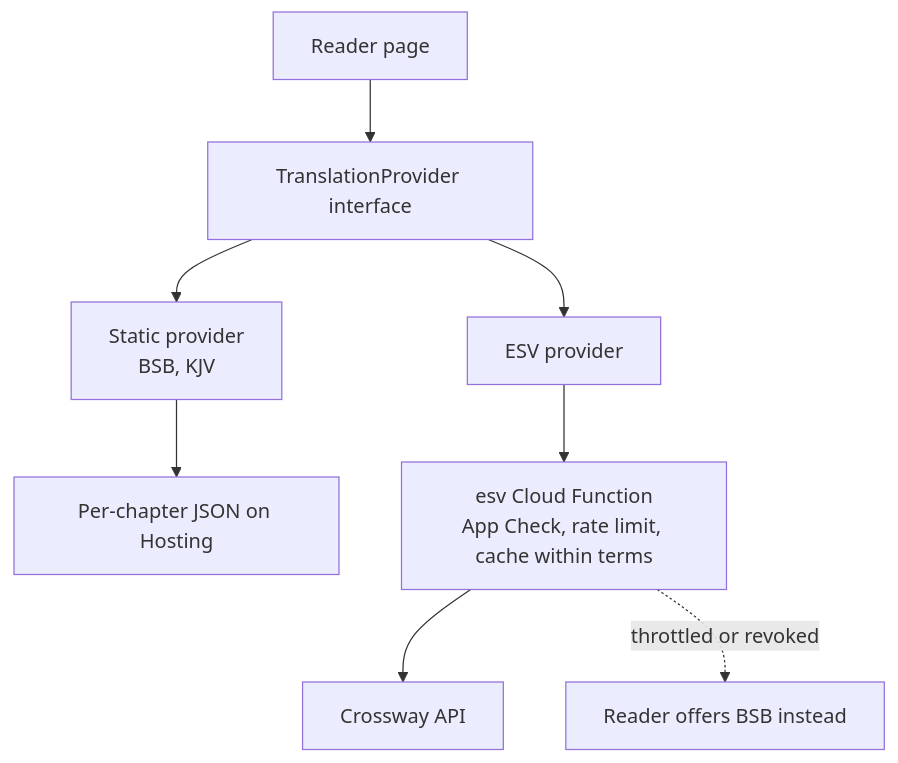
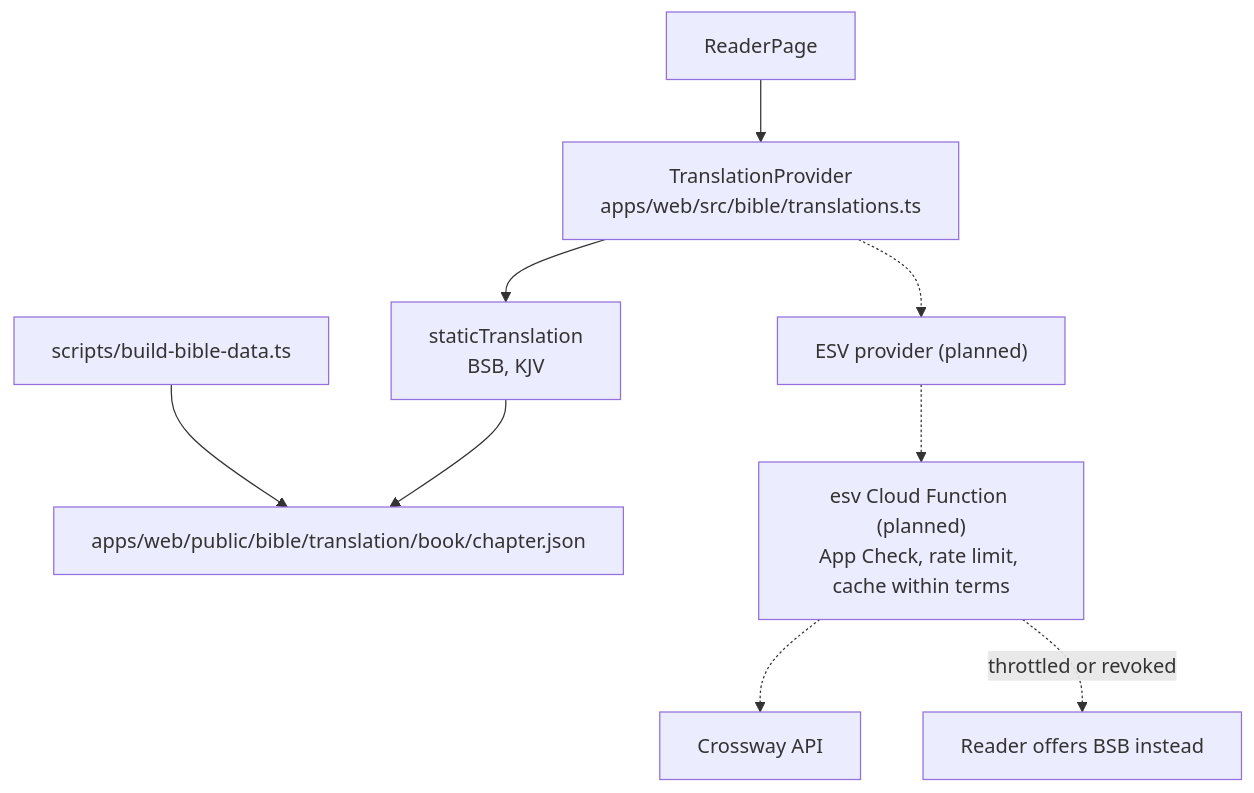
Before and after one commit to Valiance-Studios/bible-center: the second of 6 diagrams in ARCHITECTURE.md, drawn with Mermaid. The commit also changed other lines of this file and 2413 other files, not shown here.

First line of the commit message:
Add the site icon and the Bible reader (#3)

````diff
--- a/ARCHITECTURE.md
+++ b/ARCHITECTURE.md
@@ -172,10 +175,11 @@
 ```mermaid
 flowchart TD
-  reader["Reader page"] --> interface["TranslationProvider interface"]
-  interface --> staticProvider["Static provider<br/>BSB, KJV"]
-  interface --> esvProvider["ESV provider"]
-  staticProvider --> files["Per-chapter JSON on Hosting"]
-  esvProvider --> proxy["esv Cloud Function<br/>App Check, rate limit, cache within terms"]
-  proxy --> crossway["Crossway API"]
+  build["scripts/build-bible-data.ts"] --> files["apps/web/public/bible/translation/book/chapter.json"]
+  reader["ReaderPage"] --> interface["TranslationProvider<br/>apps/web/src/bible/translations.ts"]
+  interface --> staticProvider["staticTranslation<br/>BSB, KJV"]
+  interface -.-> esvProvider["ESV provider (planned)"]
+  staticProvider --> files
+  esvProvider -.-> proxy["esv Cloud Function (planned)<br/>App Check, rate limit, cache within terms"]
+  proxy -.-> crossway["Crossway API"]
   proxy -. "throttled or revoked" .-> fallback["Reader offers BSB instead"]
 ```
````
